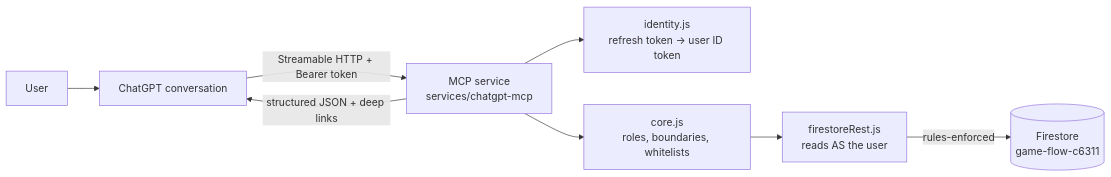
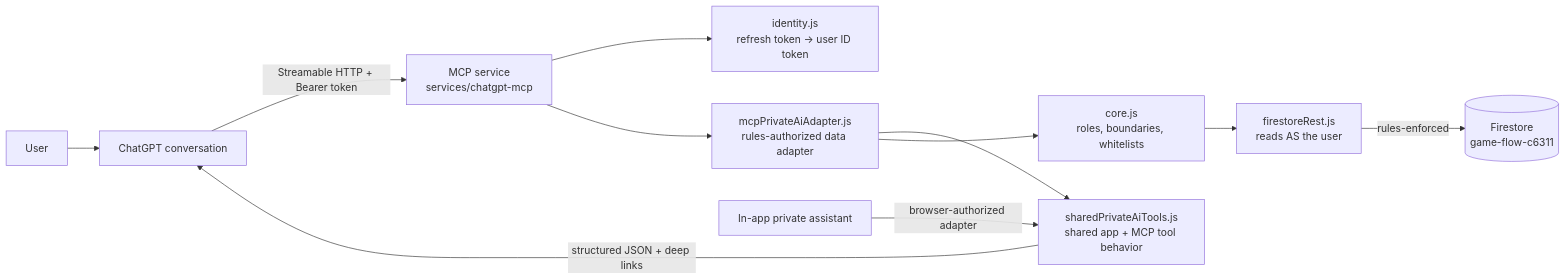
Before and after one commit to pauljsnider/allplays: the diagram in spec/chatgpt-app-integration/design.md, drawn with Mermaid. The commit also changed other lines of this file and 15 other files, not shown here.

Commit message:
Share private AI read tools with MCP

````diff
--- a/spec/chatgpt-app-integration/design.md
+++ b/spec/chatgpt-app-integration/design.md
@@ -13,10 +18,13 @@
 ```mermaid
 flowchart LR
     U[User] --> C[ChatGPT conversation]
     C -->|Streamable HTTP + Bearer token| M[MCP service<br/>services/chatgpt-mcp]
     M --> I[identity.js<br/>refresh token → user ID token]
-    M --> K[core.js<br/>roles, boundaries, whitelists]
+    M --> A[mcpPrivateAiAdapter.js<br/>rules-authorized data adapter]
+    A --> S[sharedPrivateAiTools.js<br/>shared app + MCP tool behavior]
+    A --> K[core.js<br/>roles, boundaries, whitelists]
     K --> R[firestoreRest.js<br/>reads AS the user]
     R -->|rules-enforced| F[(Firestore<br/>game-flow-c6311)]
-    M -->|structured JSON + deep links| C
+    S -->|structured JSON + deep links| C
+    P[In-app private assistant] -->|browser-authorized adapter| S
 ```
````
